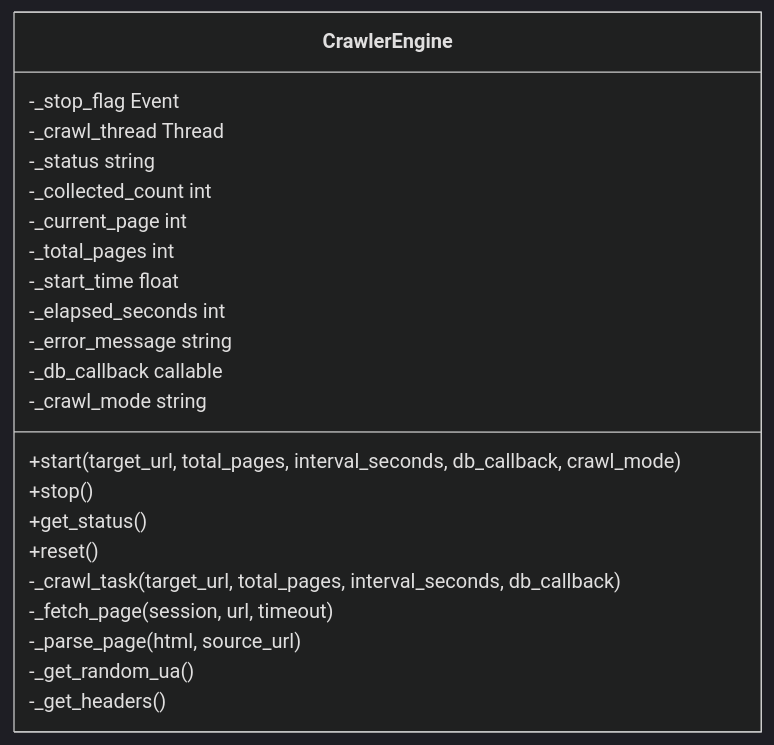
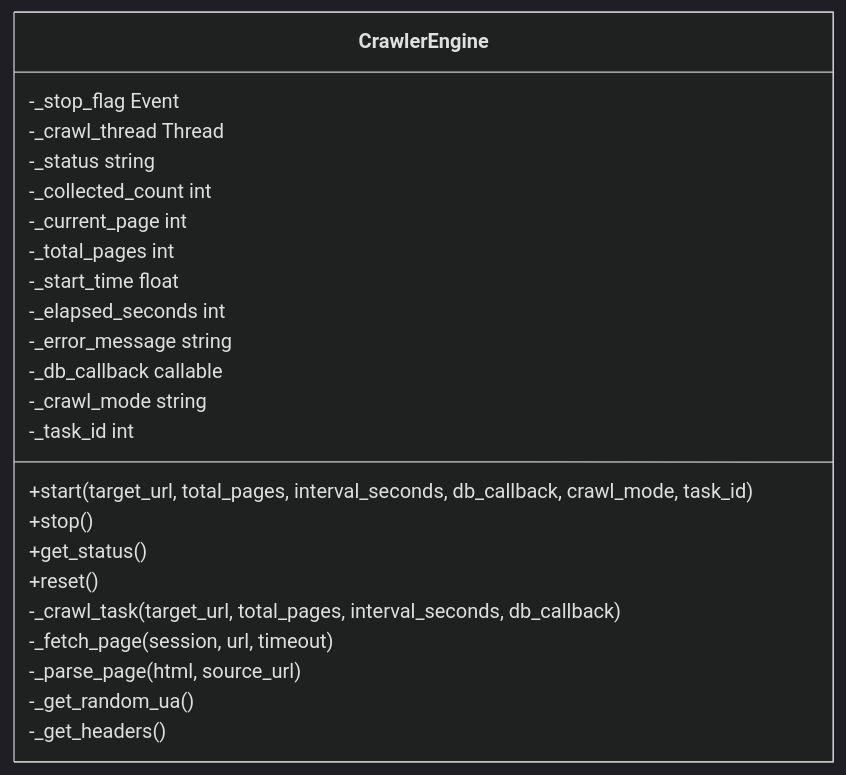
Before and after one commit to pxc12345/crawler-vue3: the third of 7 diagrams in .qoder/repowiki/zh/content/系统架构/后端架构/爬虫引擎集成.md, drawn with Mermaid (dark theme). The commit also changed other lines of this file and 12 other files, not shown here.

````diff
--- a/.qoder/repowiki/zh/content/系统架构/后端架构/爬虫引擎集成.md
+++ b/.qoder/repowiki/zh/content/系统架构/后端架构/爬虫引擎集成.md
@@ -149,25 +167,26 @@
 ```mermaid
 classDiagram
 class CrawlerEngine {
 -_stop_flag Event
 -_crawl_thread Thread
 -_status string
 -_collected_count int
 -_current_page int
 -_total_pages int
 -_start_time float
 -_elapsed_seconds int
 -_error_message string
 -_db_callback callable
 -_crawl_mode string
-+start(target_url, total_pages, interval_seconds, db_callback, crawl_mode)
+-_task_id int
++start(target_url, total_pages, interval_seconds, db_callback, crawl_mode, task_id)
 +stop()
 +get_status()
 +reset()
 -_crawl_task(target_url, total_pages, interval_seconds, db_callback)
 -_fetch_page(session, url, timeout)
 -_parse_page(html, source_url)
 -_get_random_ua()
 -_get_headers()
 }
 ```
````
